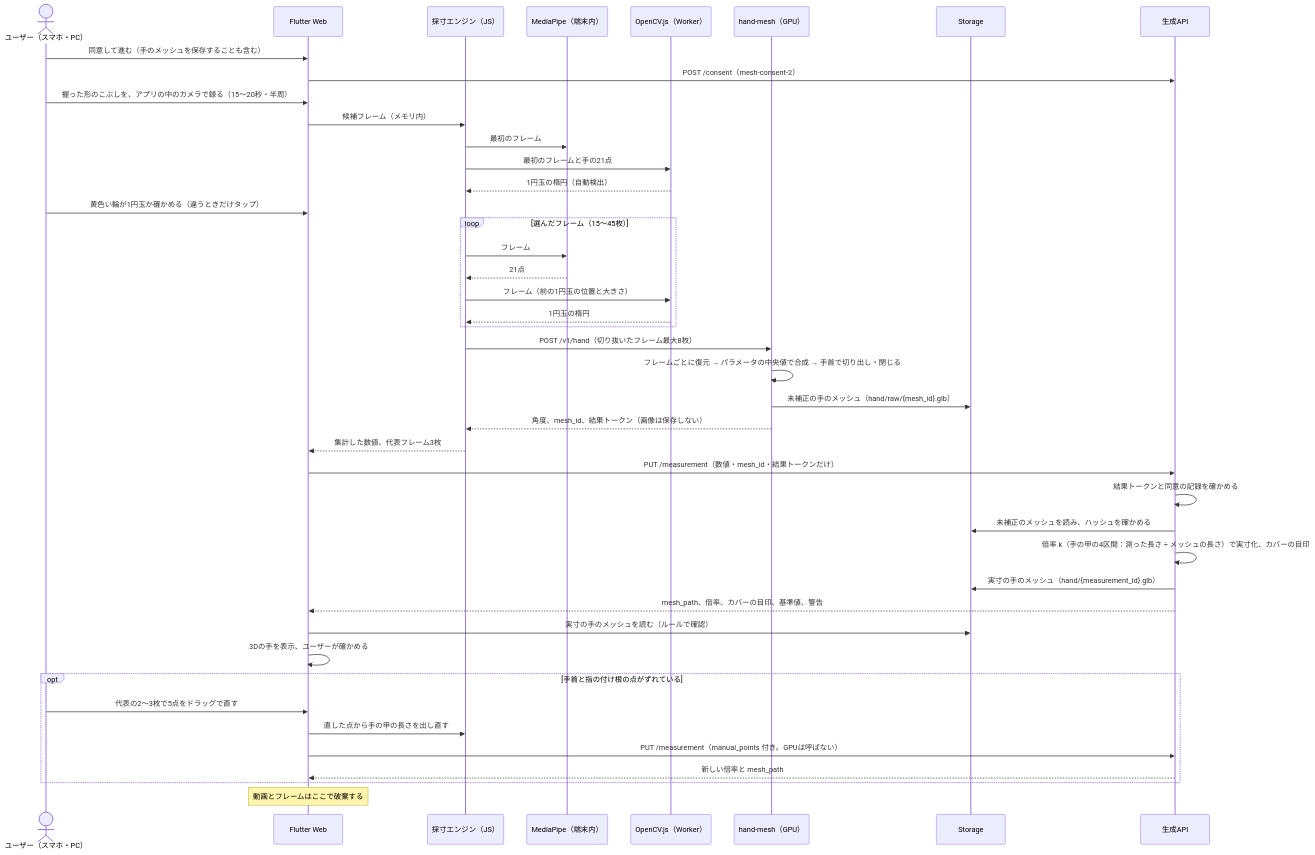
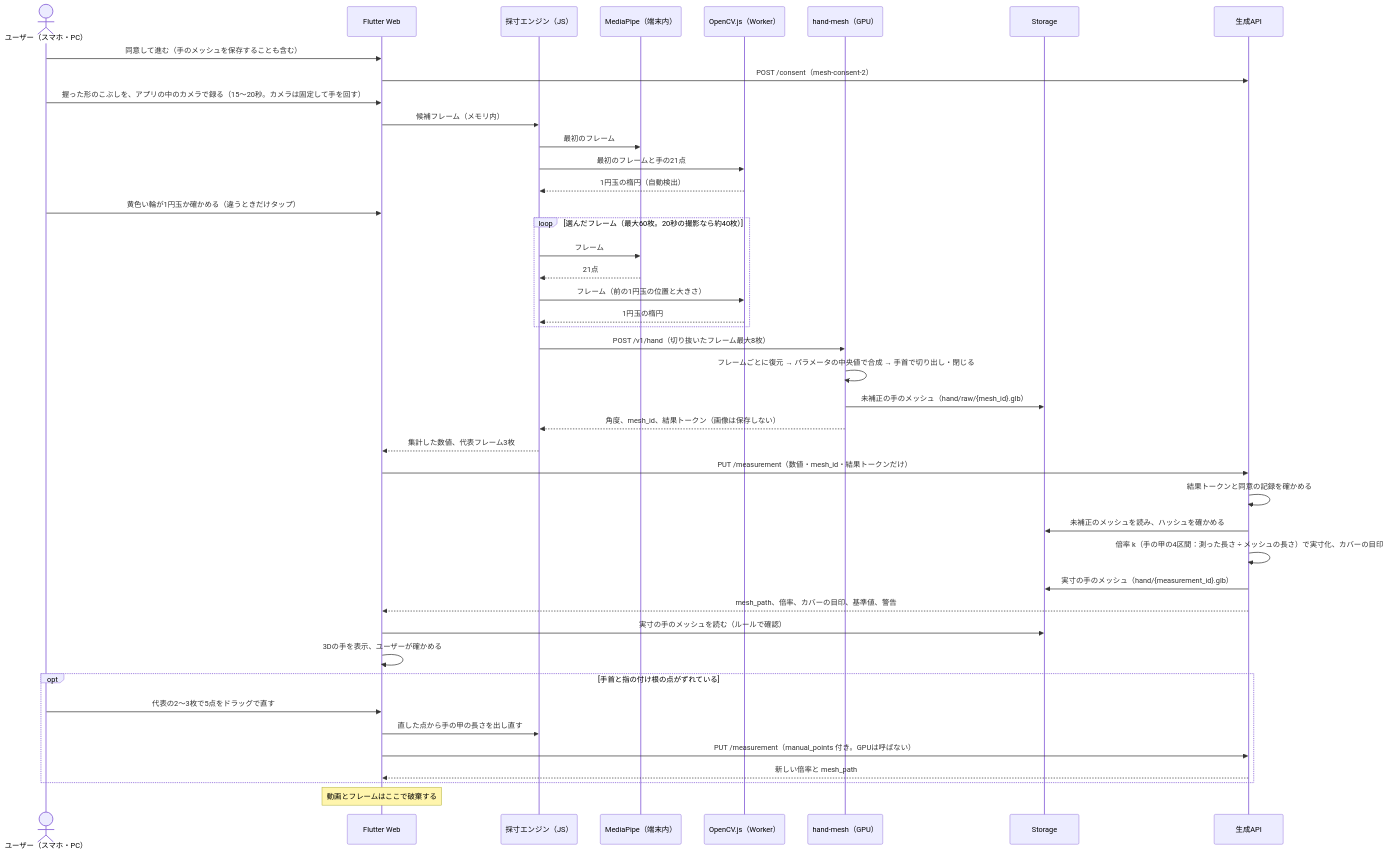
The second of 4 diagrams in docs/architecture.md (Devfest-Hackathon-2026/df-2026-t101), drawn with Mermaid before and after one commit. The commit also changed other lines of this file and 11 other files, not shown here.

````diff
--- a/docs/architecture.md
+++ b/docs/architecture.md
@@ -89,45 +89,45 @@
 ```mermaid
 sequenceDiagram
   actor U as ユーザー（スマホ・PC）
   participant App as Flutter Web
   participant EN as 採寸エンジン（JS）
   participant MP as MediaPipe（端末内）
   participant CV as OpenCV.js（Worker）
   participant HM as hand-mesh（GPU）
   participant ST as Storage
   participant API as 生成API
   U->>App: 同意して進む（手のメッシュを保存することも含む）
   App->>API: POST /consent（mesh-consent-2）
-  U->>App: 握った形のこぶしを、アプリの中のカメラで録る（15〜20秒・半周）
+  U->>App: 握った形のこぶしを、アプリの中のカメラで録る（15〜20秒。カメラは固定して手を回す）
   App->>EN: 候補フレーム（メモリ内）
   EN->>MP: 最初のフレーム
   EN->>CV: 最初のフレームと手の21点
   CV-->>EN: 1円玉の楕円（自動検出）
   U->>App: 黄色い輪が1円玉か確かめる（違うときだけタップ）
-  loop 選んだフレーム（15〜45枚）
+  loop 選んだフレーム（最大60枚。20秒の撮影なら約40枚）
     EN->>MP: フレーム
     MP-->>EN: 21点
     EN->>CV: フレーム（前の1円玉の位置と大きさ）
     CV-->>EN: 1円玉の楕円
   end
   EN->>HM: POST /v1/hand（切り抜いたフレーム最大8枚）
   HM->>HM: フレームごとに復元 → パラメータの中央値で合成 → 手首で切り出し・閉じる
   HM->>ST: 未補正の手のメッシュ（hand/raw/{mesh_id}.glb）
   HM-->>EN: 角度、mesh_id、結果トークン（画像は保存しない）
   EN-->>App: 集計した数値、代表フレーム3枚
   App->>API: PUT /measurement（数値・mesh_id・結果トークンだけ）
   API->>API: 結果トークンと同意の記録を確かめる
   API->>ST: 未補正のメッシュを読み、ハッシュを確かめる
   API->>API: 倍率 k（手の甲の4区間：測った長さ ÷ メッシュの長さ）で実寸化、カバーの目印
   API->>ST: 実寸の手のメッシュ（hand/{measurement_id}.glb）
   API-->>App: mesh_path、倍率、カバーの目印、基準値、警告
   App->>ST: 実寸の手のメッシュを読む（ルールで確認）
   App->>App: 3Dの手を表示、ユーザーが確かめる
   opt 手首と指の付け根の点がずれている
     U->>App: 代表の2〜3枚で5点をドラッグで直す
     App->>EN: 直した点から手の甲の長さを出し直す
     App->>API: PUT /measurement（manual_points 付き。GPUは呼ばない）
     API-->>App: 新しい倍率と mesh_path
   end
   Note over App: 動画とフレームはここで破棄する
 ```
````
